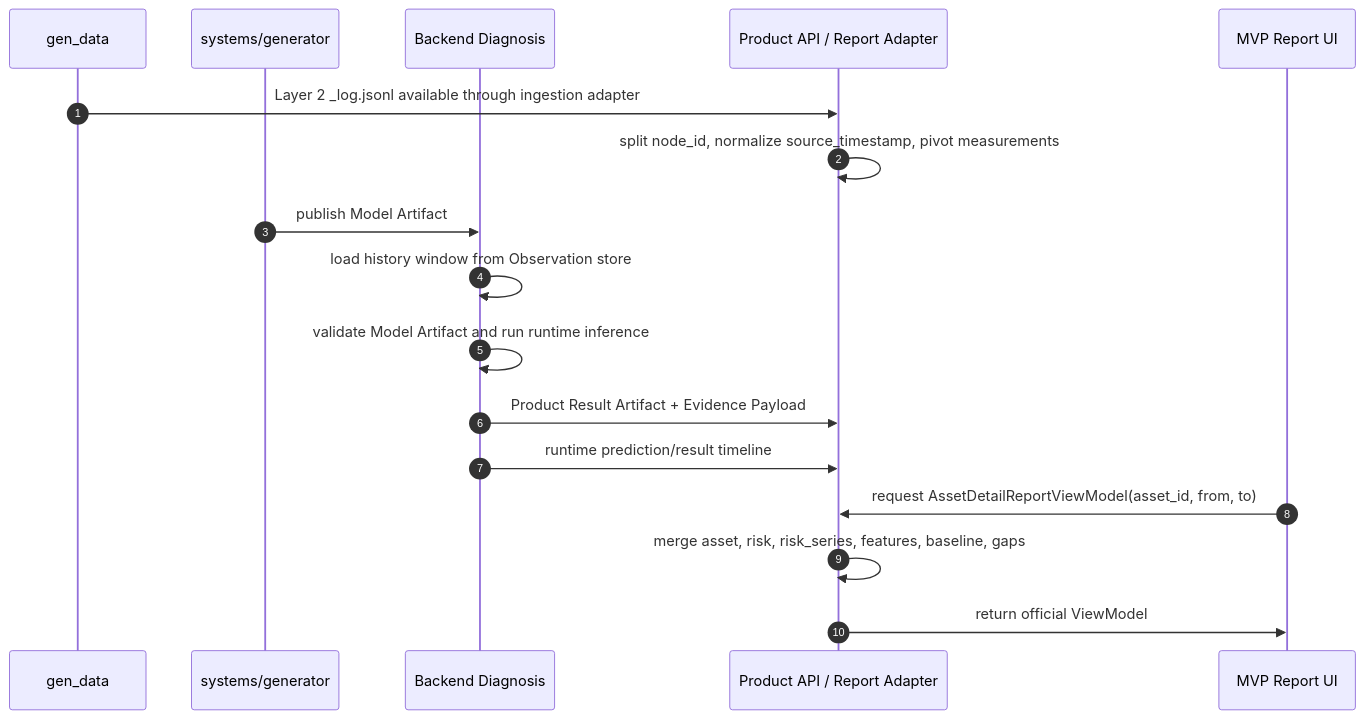
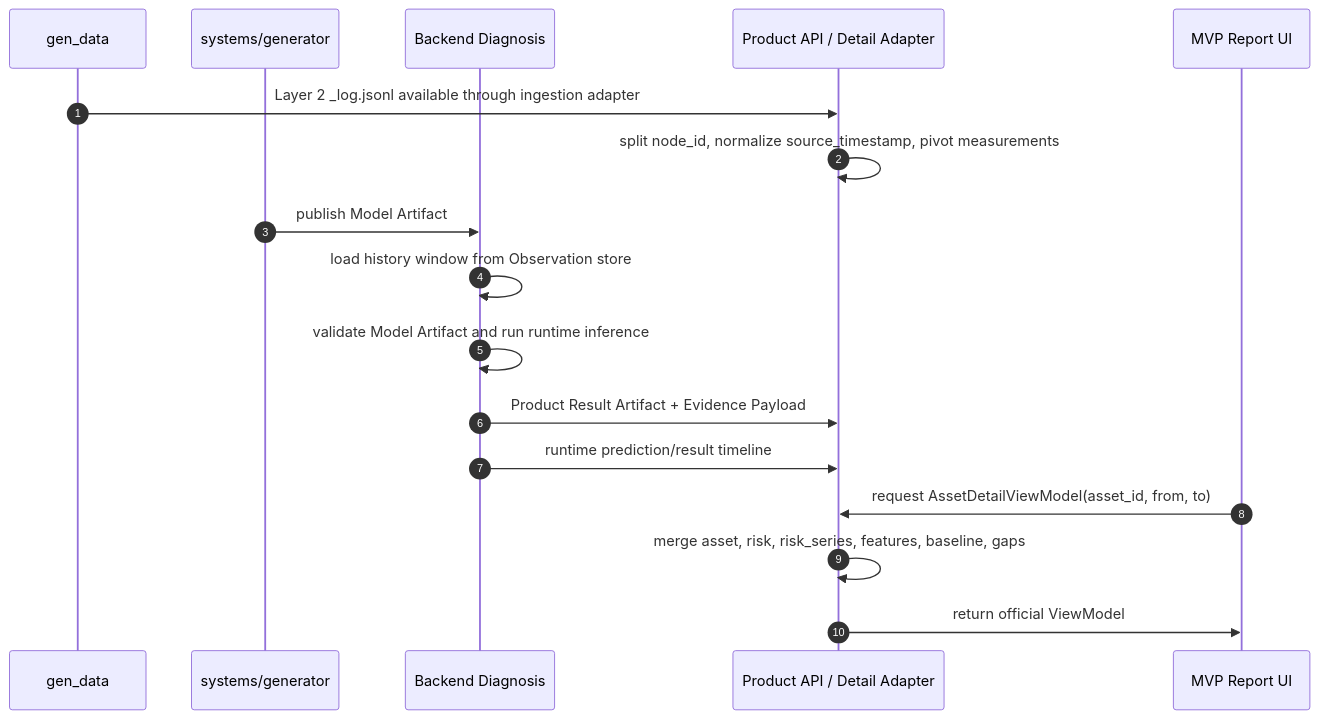
Before and after one commit to Biz-CollabCraft/ontology_dashboard: the fifth of 6 diagrams in docs/mvp/pdm-evidence-report-ui-integration-plan.md, drawn with Mermaid. The commit also changed other lines of this file and 18 other files, not shown here.

Commit message:
refactor: rename asset detail view model contract

````diff
--- a/docs/mvp/pdm-evidence-report-ui-integration-plan.md
+++ b/docs/mvp/pdm-evidence-report-ui-integration-plan.md
@@ -211,20 +211,20 @@
 ```mermaid
 sequenceDiagram
   autonumber
   participant GD as gen_data
   participant GEN as systems/generator
   participant DIA as Backend Diagnosis
-  participant API as Product API / Report Adapter
+  participant API as Product API / Detail Adapter
   participant UI as MVP Report UI
 
   GD->>API: Layer 2 _log.jsonl available through ingestion adapter
   API->>API: split node_id, normalize source_timestamp, pivot measurements
   GEN->>DIA: publish Model Artifact
   DIA->>DIA: load history window from Observation store
   DIA->>DIA: validate Model Artifact and run runtime inference
   DIA->>API: Product Result Artifact + Evidence Payload
   DIA->>API: runtime prediction/result timeline
-  UI->>API: request AssetDetailReportViewModel(asset_id, from, to)
+  UI->>API: request AssetDetailViewModel(asset_id, from, to)
   API->>API: merge asset, risk, risk_series, features, baseline, gaps
   API->>UI: return official ViewModel
 ```
````
